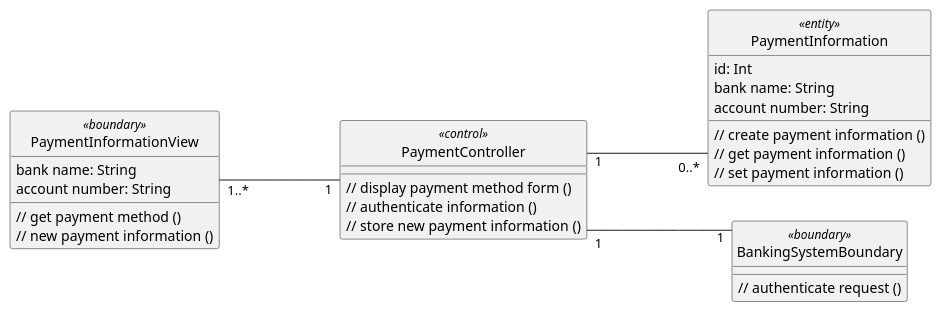
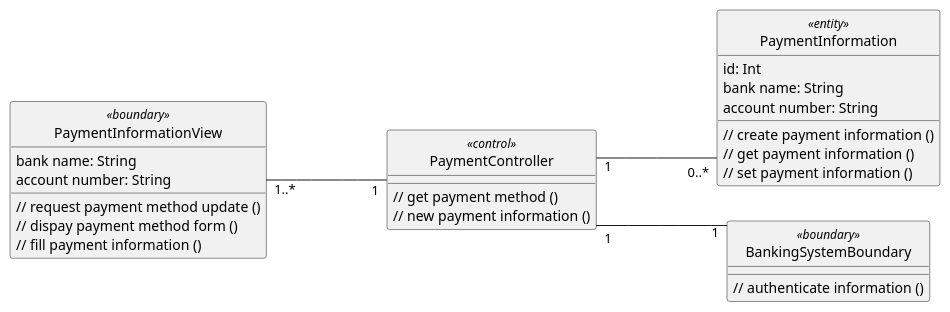
One commit to anhbanlinhle/velocity-exchange changed the diagram in uml/analysis/class/update_payment_information.pu. Above: the diagram before and after it, drawn with PlantUML.

Commit message:
doc[lynn]: analysis vopc no. 4

```diff
--- a/uml/analysis/class/update_payment_information.pu
+++ b/uml/analysis/class/update_payment_information.pu
@@ -1,47 +1,48 @@
 @startuml 
 skinparam classAttributeIconSize 0
 skinparam linetype ortho
 left to right direction
 hide circle
 class PaymentInformationView <<boundary>> {
     bank name: String
     account number: String
 
-    // get payment method ()
-    // new payment information ()
+    // request payment method update ()
+    // dispay payment method form ()
+    // fill payment information ()
 
     }
 
 class PaymentController <<control>> {
-    // display payment method form ()
-    // authenticate information ()
-    // store new payment information ()
+    // get payment method ()
+    // new payment information ()
+
 
     }
 
 class PaymentInformation <<entity>> {
     id: Int
     bank name: String
     account number: String
 
     // create payment information ()
     // get payment information ()
     // set payment information ()
 
     }
 
 class BankingSystemBoundary <<boundary>> {
     
 
-    // authenticate request ()
+    // authenticate information ()
 
 
     }
 
 PaymentInformationView "1..*" --- "1" PaymentController
 
 PaymentController "1" --- "0..*" PaymentInformation
 
 PaymentController "1" --- "1" BankingSystemBoundary
 
 @enduml
```
